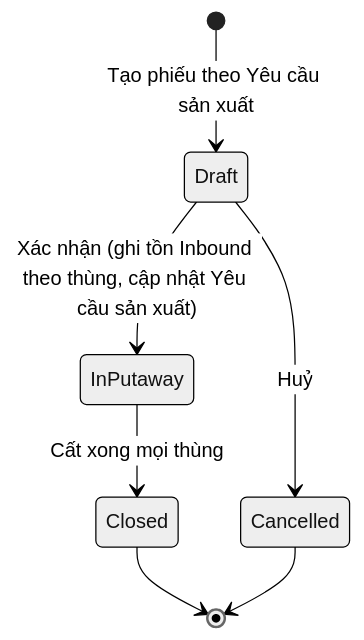
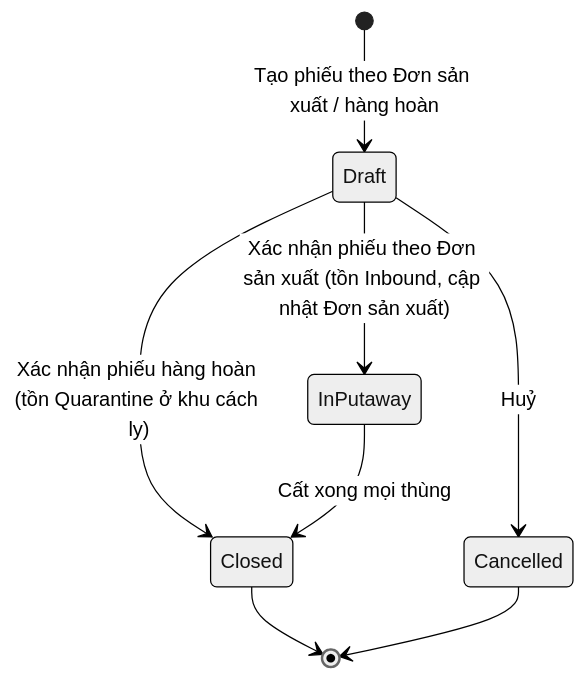
Before and after one commit to KLTN-FA26/docs: the diagram in docs/warehouse/03-receipt/README.md, drawn with Mermaid (neutral theme). The commit also changed other lines of this file and 23 other files, not shown here.

````diff
--- a/docs/warehouse/03-receipt/README.md
+++ b/docs/warehouse/03-receipt/README.md
@@ -130,9 +173,10 @@
 ```mermaid
 stateDiagram-v2
-    [*] --> Draft: Tạo phiếu theo Yêu cầu sản xuất
-    Draft --> InPutaway: Xác nhận (ghi tồn Inbound theo thùng, cập nhật Yêu cầu sản xuất)
+    [*] --> Draft: Tạo phiếu theo Đơn sản xuất / hàng hoàn
+    Draft --> InPutaway: Xác nhận phiếu theo Đơn sản xuất (tồn Inbound, cập nhật Đơn sản xuất)
+    Draft --> Closed: Xác nhận phiếu hàng hoàn (tồn Quarantine ở khu cách ly)
     Draft --> Cancelled: Huỷ
     InPutaway --> Closed: Cất xong mọi thùng
     Closed --> [*]
     Cancelled --> [*]
 ```
````
